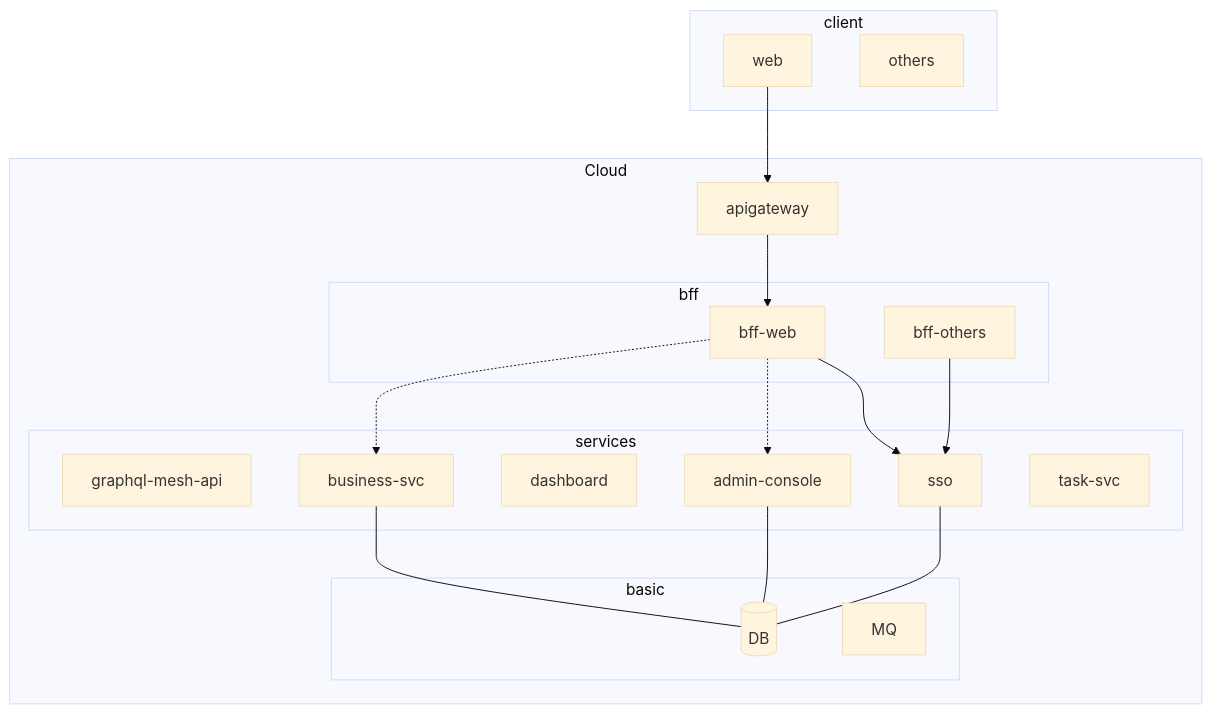
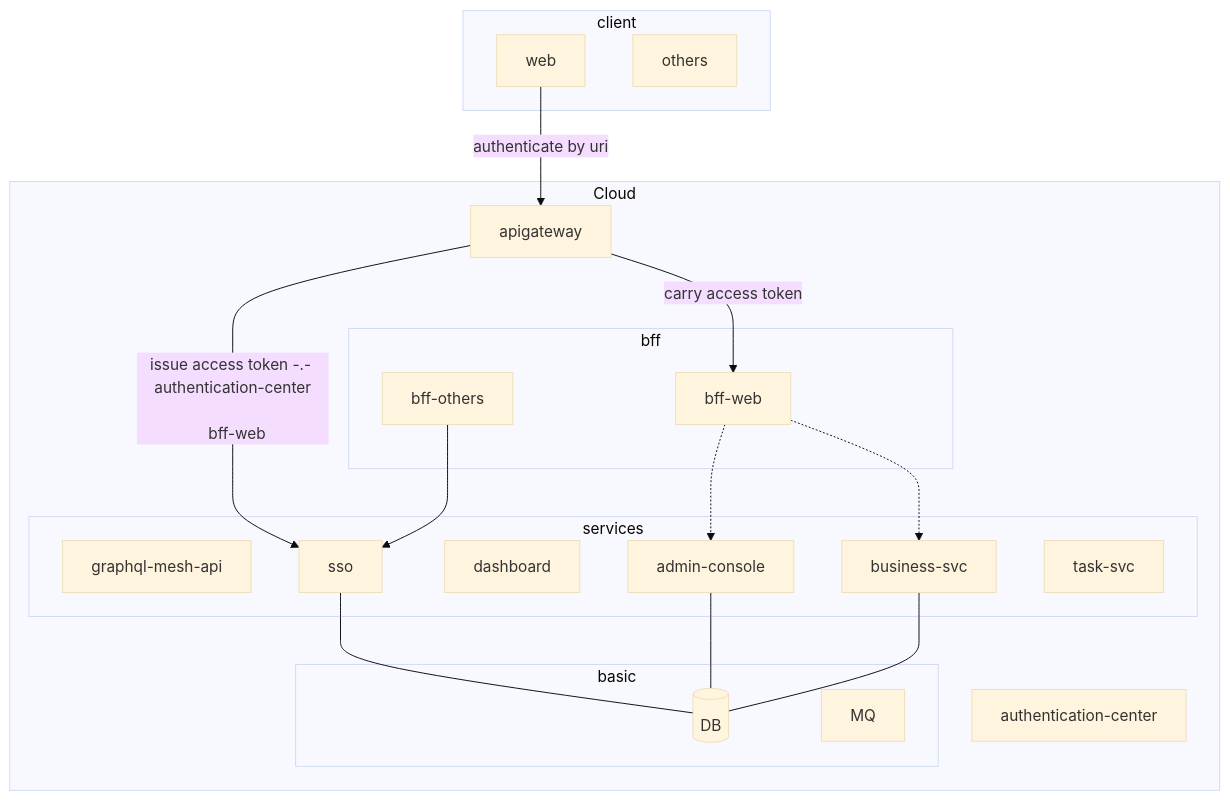
The diagram in README.md (lovepocky-home/solution-microservice-starter), drawn with Mermaid (base theme) before and after one commit. The commit also changed other lines of this file and 39 other files, not shown here.

````diff
--- a/README.md
+++ b/README.md
@@ -21,44 +33,46 @@
 ```mermaid
 graph TD
   subgraph client
     web
     other-client[others]
   end
 
   subgraph Cloud
     apigateway
+    authentication-center
 
     subgraph bff
       bff-web
       bff-others
     end
 
     %% services
     subgraph services
       graphql-mesh-api
       sso
       dashboard
       admin-console
       business-svc
       task-svc
     end
 
     subgraph basic
       DB[(DB)]
       MQ
     end
   end
 
-  web --> apigateway --> bff-web
+  web -- authenticate by uri --> apigateway -- carry access token --> bff-web
+  apigateway -- issue access token -.- authentication-center
 
   bff-web --> sso
   bff-others --> sso
   bff-web .-> admin-console
   bff-web .-> business-svc
 
   sso --- DB
   admin-console --- DB
   business-svc --- DB
  
 
 ```
````
